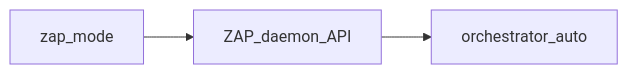
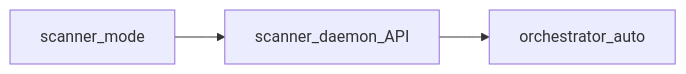
Before and after one commit to prettyk-io/prettyk-secops: the diagram in sanctuary/pure/zap-dual.md, drawn with Mermaid. The commit also changed other lines of this file and 638 other files, not shown here.

````diff
--- a/sanctuary/pure/zap-dual.md
+++ b/sanctuary/pure/zap-dual.md
@@ -9,5 +9,5 @@
 ```mermaid
 flowchart LR
-   Manifest[zap_mode] --> Daemon[ZAP_daemon_API]
+   Wired[scanner_mode] --> Daemon[scanner_daemon_API]
    Daemon --> Auto[orchestrator_auto]
 ```
````
